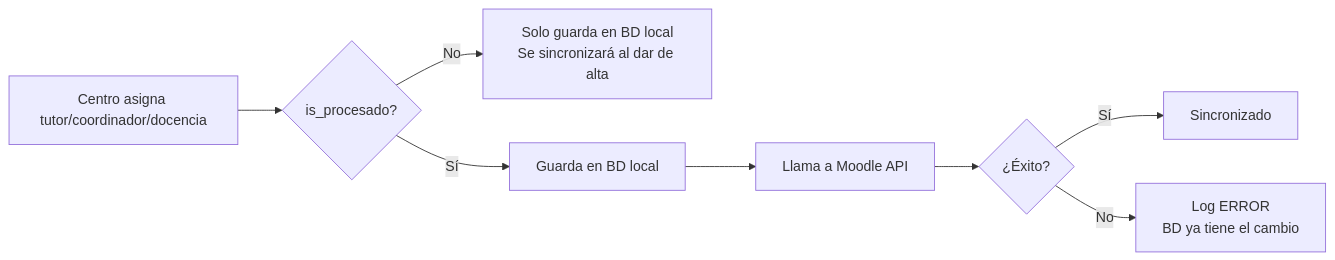
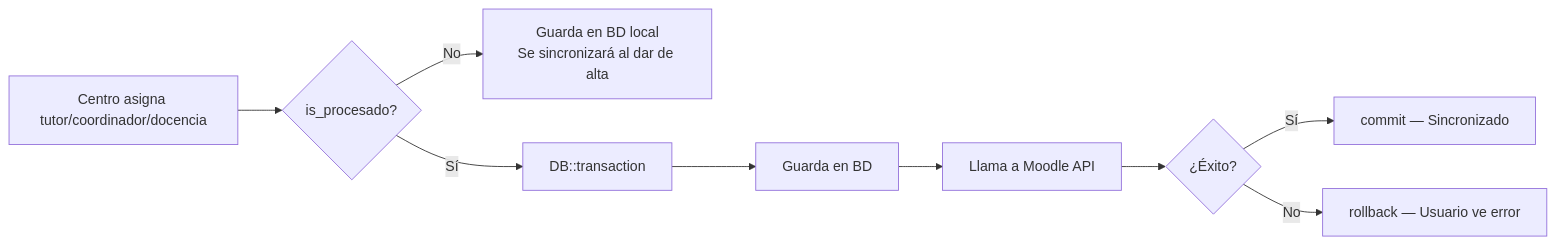
Before and after one commit to rsvisu/CD_fpVirtualGestionDocentes: the second of 4 diagrams in docs/MOODLE.md, drawn with Mermaid. The commit also changed other lines of this file, not shown here.

Commit message:
docs(moodle): corregir diagramas y descripciones para reflejar comportamiento atómico

````diff
--- a/docs/MOODLE.md
+++ b/docs/MOODLE.md
@@ -93,10 +93,11 @@
 ```mermaid
 flowchart LR
     A[Centro asigna tutor/coordinador/docencia] --> B{is_procesado?}
-    B -- No --> C[Solo guarda en BD local\nSe sincronizará al dar de alta]
-    B -- Sí --> D[Guarda en BD local]
-    D --> E[Llama a Moodle API]
-    E --> F{¿Éxito?}
-    F -- Sí --> G[Sincronizado]
-    F -- No --> H[Log ERROR\nBD ya tiene el cambio]
+    B -- No --> C[Guarda en BD local\nSe sincronizará al dar de alta]
+    B -- Sí --> D[DB::transaction]
+    D --> E[Guarda en BD]
+    E --> F[Llama a Moodle API]
+    F --> G{¿Éxito?}
+    G -- Sí --> H[commit — Sincronizado]
+    G -- No --> I[rollback — Usuario ve error]
 ```
````
